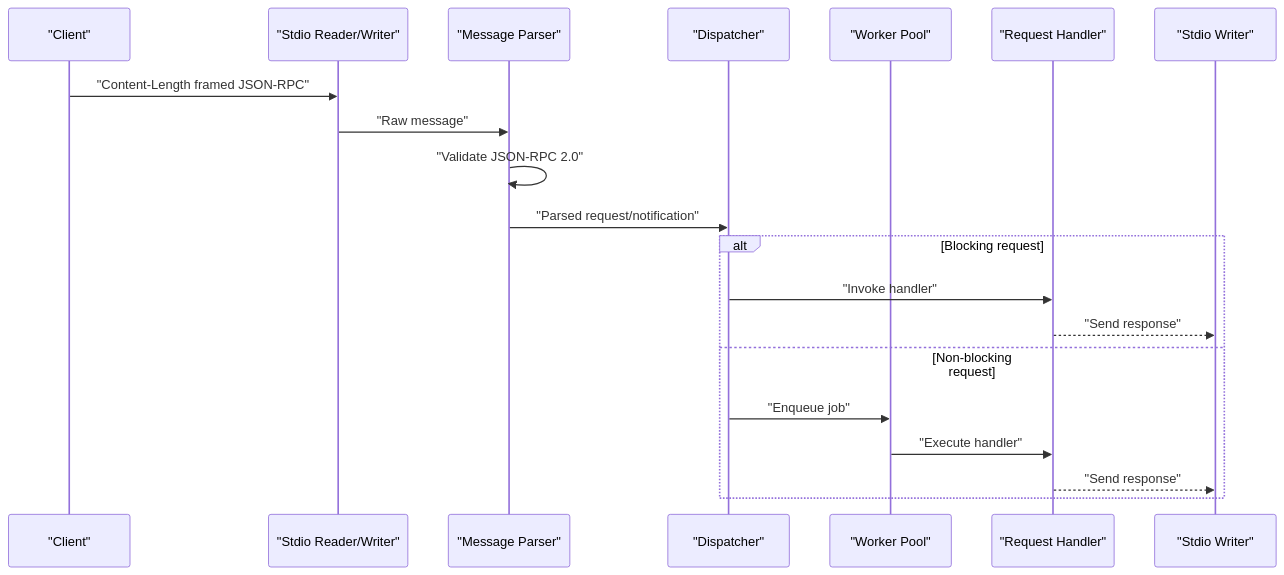
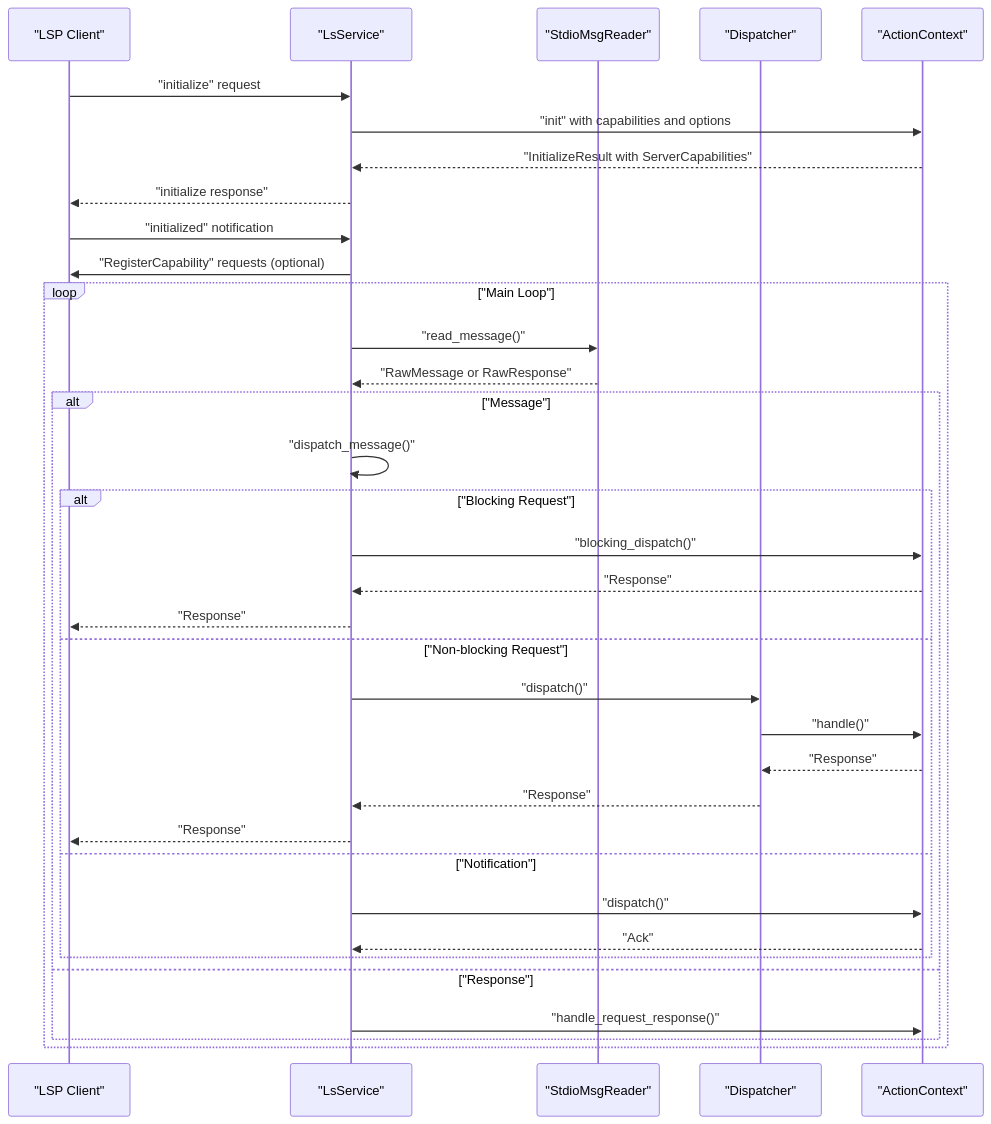
Before and after one commit to fenghaitao/dml-language-server: the second of 9 diagrams in .qoder/repowiki/en/content/Language Server Protocol Implementation/Language Server Protocol Implementation.md, drawn with Mermaid. The commit also changed other lines of this file and 119 other files, not shown here.

````diff
--- a/.qoder/repowiki/en/content/Language Server Protocol Implementation/Language Server Protocol Implementation.md
+++ b/.qoder/repowiki/en/content/Language Server Protocol Implementation/Language Server Protocol Implementation.md
@@ -122,22 +131,37 @@
 ```mermaid
 sequenceDiagram
-participant Client as "Client"
-participant IO as "Stdio Reader/Writer"
-participant Parser as "Message Parser"
+participant Client as "LSP Client"
+participant Server as "LsService"
+participant Reader as "StdioMsgReader"
 participant Dispatcher as "Dispatcher"
-participant Worker as "Worker Pool"
-participant Handler as "Request Handler"
-participant Output as "Stdio Writer"
-Client->>IO : "Content-Length framed JSON-RPC"
-IO->>Parser : "Raw message"
-Parser->>Parser : "Validate JSON-RPC 2.0"
-Parser->>Dispatcher : "Parsed request/notification"
-alt Blocking request
-Dispatcher->>Handler : "Invoke handler"
-Handler-->>Output : "Send response"
-else Non-blocking request
-Dispatcher->>Worker : "Enqueue job"
-Worker->>Handler : "Execute handler"
-Handler-->>Output : "Send response"
+participant Actions as "ActionContext"
+Client->>Server : "initialize" request
+Server->>Actions : "init" with capabilities and options
+Actions-->>Server : "InitializeResult with ServerCapabilities"
+Server-->>Client : "initialize response"
+Client->>Server : "initialized" notification
+Server->>Client : "RegisterCapability" requests (optional)
+loop "Main Loop"
+Server->>Reader : "read_message()"
+Reader-->>Server : "RawMessage or RawResponse"
+alt "Message"
+Server->>Server : "dispatch_message()"
+alt "Blocking Request"
+Server->>Actions : "blocking_dispatch()"
+Actions-->>Server : "Response"
+Server-->>Client : "Response"
+else "Non-blocking Request"
+Server->>Dispatcher : "dispatch()"
+Dispatcher->>Actions : "handle()"
+Actions-->>Dispatcher : "Response"
+Dispatcher-->>Server : "Response"
+Server-->>Client : "Response"
+else "Notification"
+Server->>Actions : "dispatch()"
+Actions-->>Server : "Ack"
+end
+else "Response"
+Server->>Actions : "handle_request_response()"
+end
 end
 ```
````
